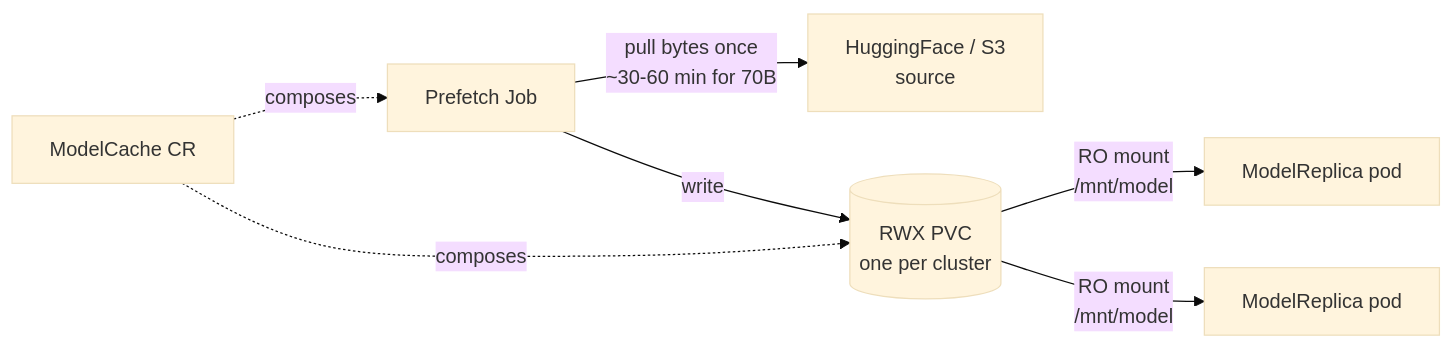
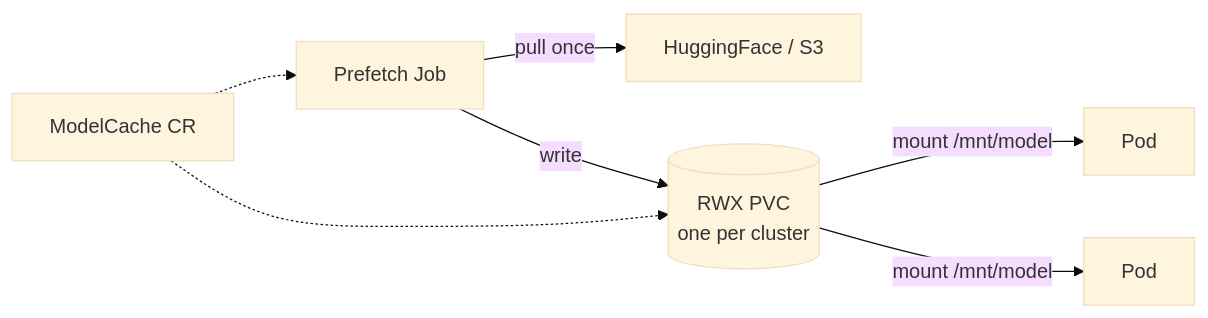
The first of 4 diagrams in design/modelcache/design.md (modelplaneai/modelplane), drawn with Mermaid (base theme) before and after one commit. The commit also changed other lines of this file and 7 other files, not shown here.

````diff
--- a/design/modelcache/design.md
+++ b/design/modelcache/design.md
@@ -114,15 +111,15 @@
 ```mermaid
 flowchart LR
-  HF[HuggingFace / S3<br/>source]
+  HF[HuggingFace / S3]
   MC[ModelCache CR]
   JOB[Prefetch Job]
   PVC[(RWX PVC<br/>one per cluster)]
-  POD1[ModelReplica pod]
-  POD2[ModelReplica pod]
-  MC -.composes.-> JOB
-  MC -.composes.-> PVC
-  JOB -->|pull bytes once<br/>~30-60 min for 70B| HF
+  POD1[Pod]
+  POD2[Pod]
+  MC -.-> JOB
+  MC -.-> PVC
+  JOB -->|pull once| HF
   JOB -->|write| PVC
-  PVC -->|RO mount<br/>/mnt/model| POD1
-  PVC -->|RO mount<br/>/mnt/model| POD2
+  PVC -->|mount /mnt/model| POD1
+  PVC -->|mount /mnt/model| POD2
 ```
````
